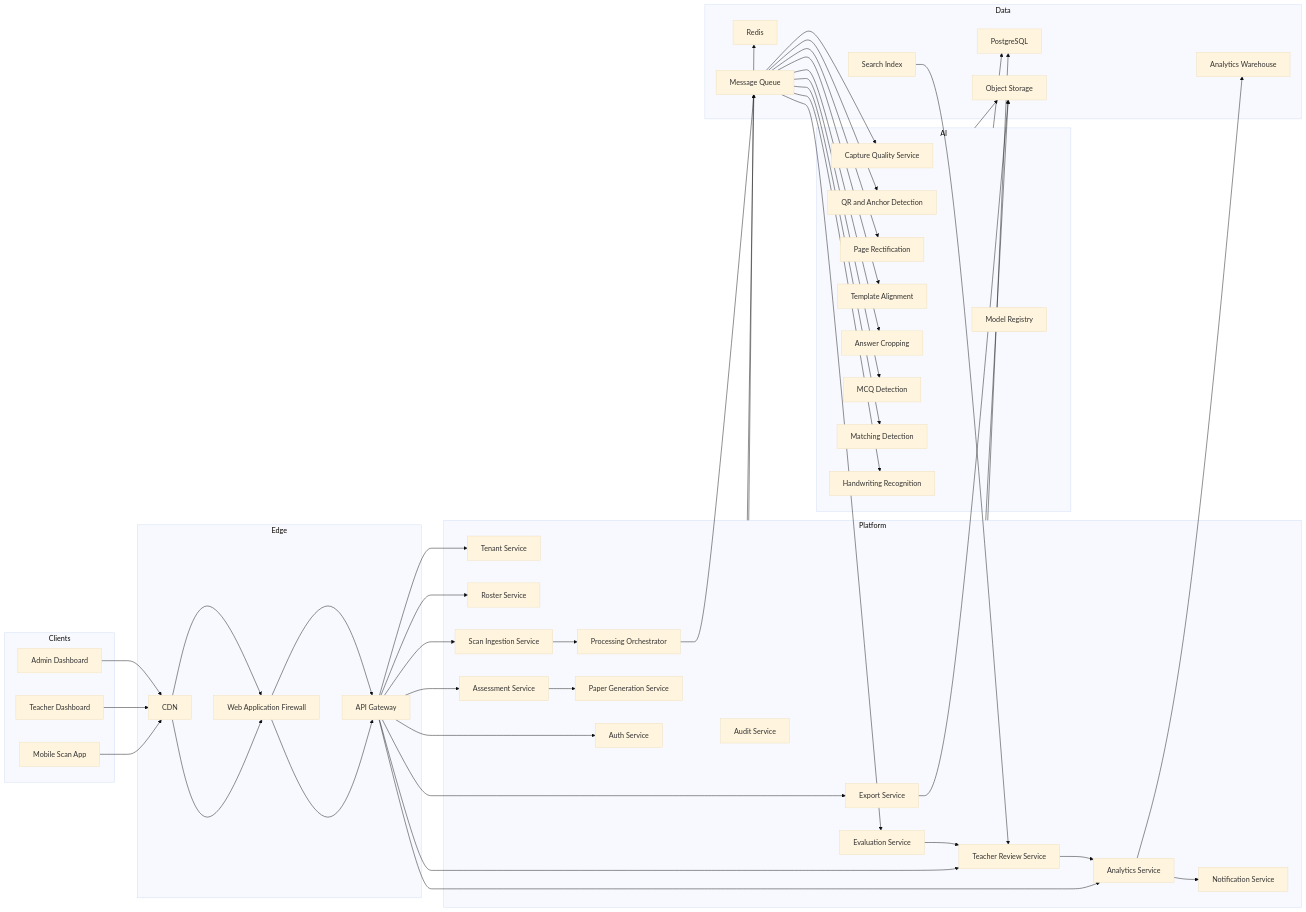
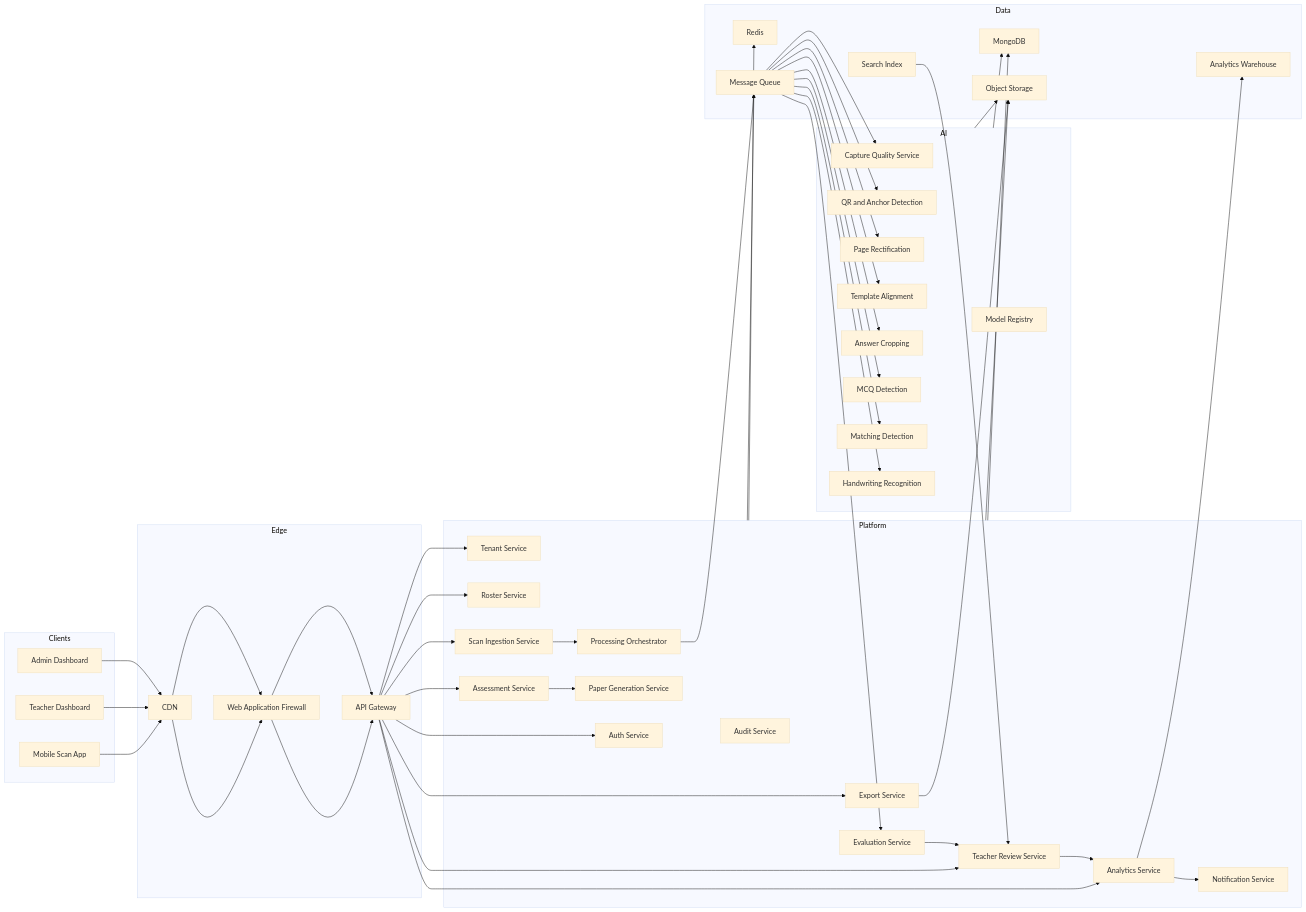
One commit to RahulPrsad/fln changed the third of 18 diagrams in ARCHITECTURE.md. Above: the diagram before and after it, drawn with Mermaid (base theme). The commit also changed other lines of this file and 4 other files, not shown here.

```diff
--- a/ARCHITECTURE.md
+++ b/ARCHITECTURE.md
@@ -183,7 +183,7 @@
     end
 
     subgraph Data
-        Postgres["PostgreSQL"]
+        Mongo["MongoDB"]
         Redis["Redis"]
         Queue["Message Queue"]
         ObjectStore["Object Storage"]
@@ -221,13 +221,13 @@
     ReviewSvc --> AnalyticsSvc
     AnalyticsSvc --> NotificationSvc
 
-    Platform --> Postgres
+    Platform --> Mongo
     Platform --> Redis
     Platform --> ObjectStore
     Platform --> Queue
     Platform --> AuditSvc
     AI --> ObjectStore
-    AI --> Postgres
+    AI --> Mongo
     AI --> ModelRegistry
     AnalyticsSvc --> Warehouse
     ExportSvc --> ObjectStore
```
